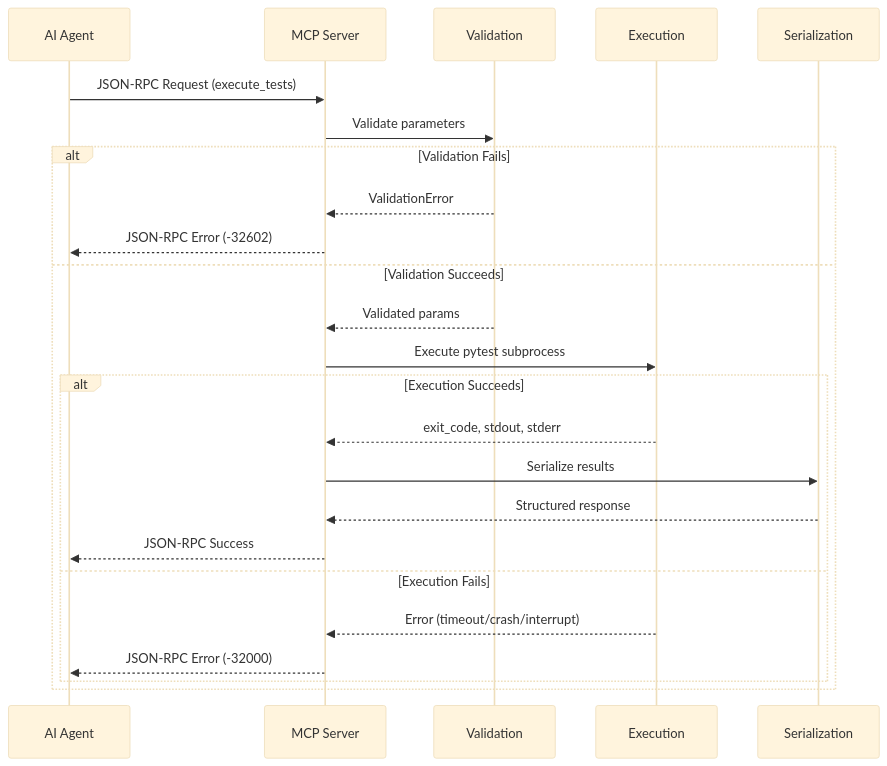
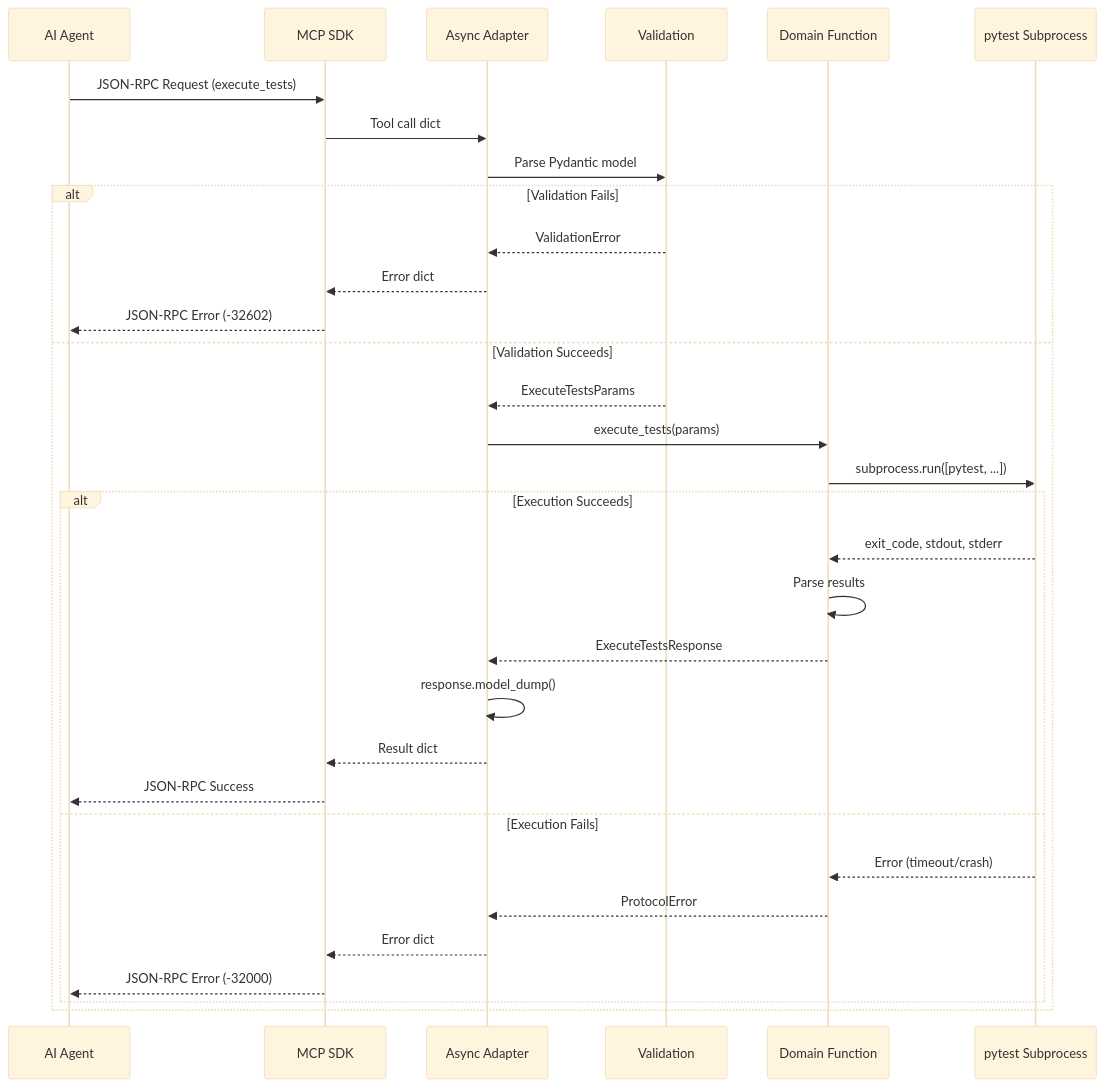
The fifth of 5 diagrams in docs/ARCHITECTURE.md (jwilger/pytest-mcp), drawn with Mermaid (base theme) before and after one commit. The commit also changed other lines of this file, not shown here.

Commit message:
Story 11 Phase 4: Update ARCHITECTURE.md for ADR-009 acceptance

````diff
--- a/docs/ARCHITECTURE.md
+++ b/docs/ARCHITECTURE.md
@@ -298,27 +332,35 @@
 ```mermaid
 sequenceDiagram
     participant AI as AI Agent
-    participant MCP as MCP Server
+    participant SDK as MCP SDK
+    participant Adapter as Async Adapter
     participant Val as Validation
-    participant Exec as Execution
-    participant Ser as Serialization
+    participant Domain as Domain Function
+    participant Exec as pytest Subprocess
 
-    AI->>MCP: JSON-RPC Request (execute_tests)
-    MCP->>Val: Validate parameters
+    AI->>SDK: JSON-RPC Request (execute_tests)
+    SDK->>Adapter: Tool call dict
+    Adapter->>Val: Parse Pydantic model
     alt Validation Fails
-        Val-->>MCP: ValidationError
-        MCP-->>AI: JSON-RPC Error (-32602)
+        Val-->>Adapter: ValidationError
+        Adapter-->>SDK: Error dict
+        SDK-->>AI: JSON-RPC Error (-32602)
     else Validation Succeeds
-        Val-->>MCP: Validated params
-        MCP->>Exec: Execute pytest subprocess
+        Val-->>Adapter: ExecuteTestsParams
+        Adapter->>Domain: execute_tests(params)
+        Domain->>Exec: subprocess.run([pytest, ...])
         alt Execution Succeeds
-            Exec-->>MCP: exit_code, stdout, stderr
-            MCP->>Ser: Serialize results
-            Ser-->>MCP: Structured response
-            MCP-->>AI: JSON-RPC Success
+            Exec-->>Domain: exit_code, stdout, stderr
+            Domain->>Domain: Parse results
+            Domain-->>Adapter: ExecuteTestsResponse
+            Adapter->>Adapter: response.model_dump()
+            Adapter-->>SDK: Result dict
+            SDK-->>AI: JSON-RPC Success
         else Execution Fails
-            Exec-->>MCP: Error (timeout/crash/interrupt)
-            MCP-->>AI: JSON-RPC Error (-32000)
+            Exec-->>Domain: Error (timeout/crash)
+            Domain-->>Adapter: ProtocolError
+            Adapter-->>SDK: Error dict
+            SDK-->>AI: JSON-RPC Error (-32000)
         end
     end
 ```
````
